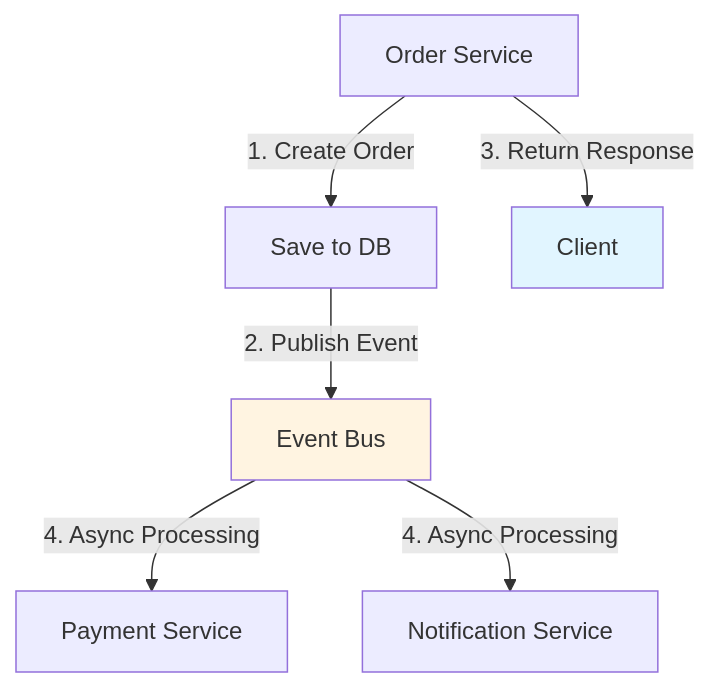
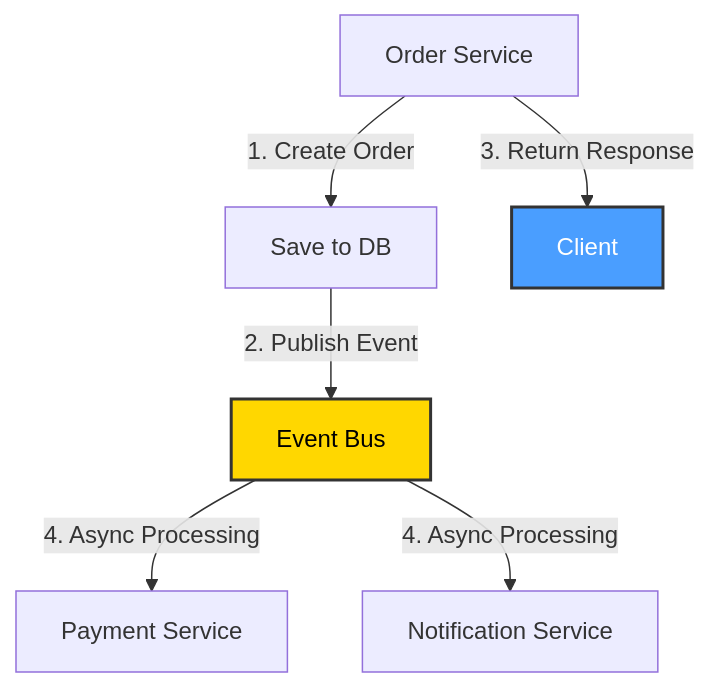
One commit to elewashy/Tanta-University changed the ninth of 17 diagrams in Level_3/Semester_1/Distributed_Systems/Project/System_Architecture_in_Distributed_Systems/docs/ARCHITECTURE.md. Above: the diagram before and after it, drawn with Mermaid. The commit also changed other lines of this file and 4 other files, not shown here.

````diff
--- a/Level_3/Semester_1/Distributed_Systems/Project/System_Architecture_in_Distributed_Systems/docs/ARCHITECTURE.md
+++ b/Level_3/Semester_1/Distributed_Systems/Project/System_Architecture_in_Distributed_Systems/docs/ARCHITECTURE.md
@@ -368,11 +368,11 @@
 ```mermaid
 graph TB
     A[Order Service] -->|1. Create Order| B[Save to DB]
     B -->|2. Publish Event| C[Event Bus]
     A -->|3. Return Response| D[Client]
     C -->|4. Async Processing| E[Payment Service]
     C -->|4. Async Processing| F[Notification Service]
     
-    style C fill:#fff4e1
-    style D fill:#e1f5ff
+    style C fill:#ffd700,stroke:#333,stroke-width:2px,color:#000
+    style D fill:#4a9eff,stroke:#333,stroke-width:2px,color:#fff
 ```
````
